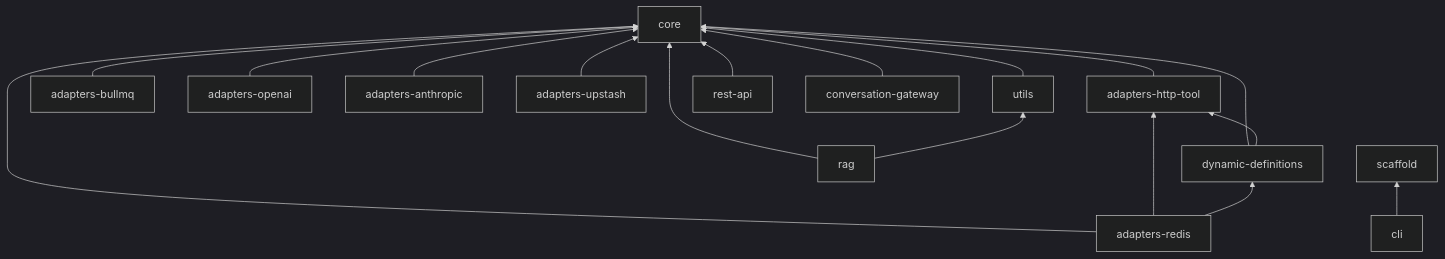
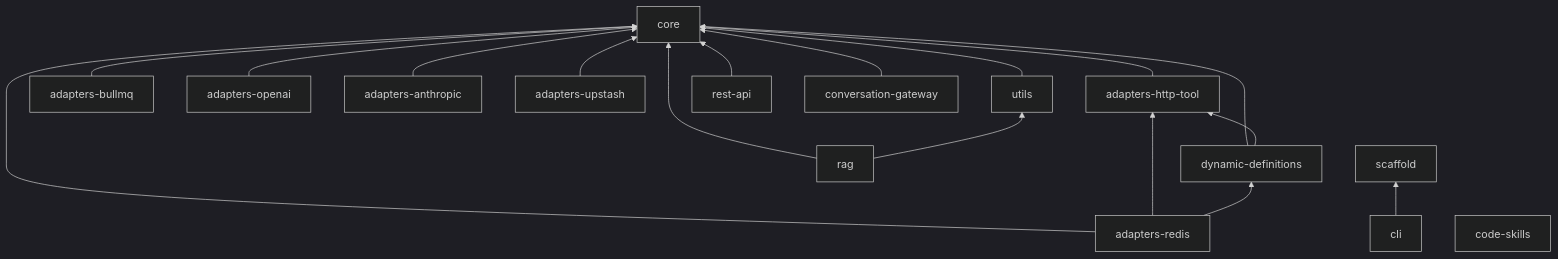
The diagram in docs/planning/plan.md (OpenCoreAgents/runtime), drawn with Mermaid (dark theme) before and after one commit. The commit also changed other lines of this file and 18 other files, not shown here.

Commit message:
add code skills

````diff
--- a/docs/planning/plan.md
+++ b/docs/planning/plan.md
@@ -303,33 +304,34 @@
 ```mermaid
 flowchart BT
   core[core]
   aht[adapters-http-tool]
   dd[dynamic-definitions]
   ar[adapters-redis]
   ab[adapters-bullmq]
   ao[adapters-openai]
   aa[adapters-anthropic]
   au[adapters-upstash]
   ut[utils]
   rag[rag]
   sc[scaffold]
   cli[cli]
   ra[rest-api]
   cg[conversation-gateway]
+  cs[code-skills]
   aht --> core
   dd --> core
   dd --> aht
   ar --> core
   ar --> aht
   ar --> dd
   ao --> core
   aa --> core
   au --> core
   ab --> core
   ut --> core
   rag --> core
   rag --> ut
   ra --> core
   cg --> core
   cli --> sc
 ```
````
